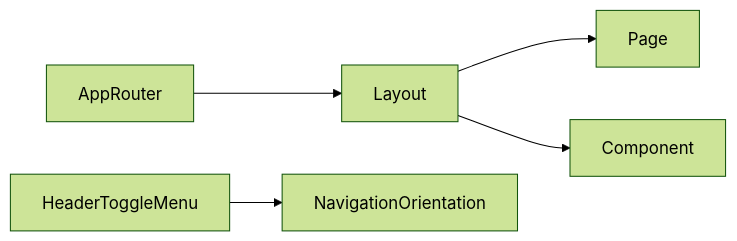
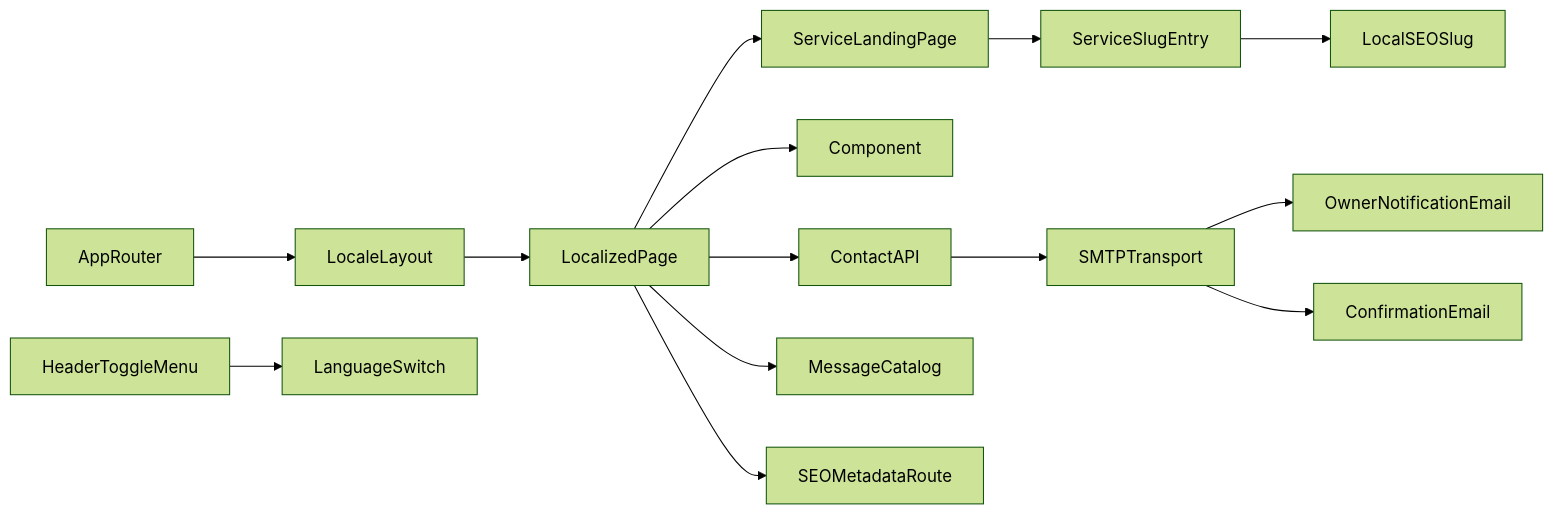
Before and after one commit to ipavic933-spec/website-pavic: the diagram in lode/terminology.md, drawn with Mermaid (forest theme). The commit also changed other lines of this file and 9 other files, not shown here.

````diff
--- a/lode/terminology.md
+++ b/lode/terminology.md
@@ -20,7 +31,16 @@
 ```mermaid
 graph LR
-  AppRouter --> Layout
-  Layout --> Page
-  Layout --> Component
-  HeaderToggleMenu --> NavigationOrientation
+  AppRouter --> LocaleLayout
+  LocaleLayout --> LocalizedPage
+  LocalizedPage --> ServiceLandingPage
+  ServiceLandingPage --> ServiceSlugEntry
+  ServiceSlugEntry --> LocalSEOSlug
+  LocalizedPage --> Component
+  LocalizedPage --> ContactAPI
+  LocalizedPage --> MessageCatalog
+  HeaderToggleMenu --> LanguageSwitch
+  ContactAPI --> SMTPTransport
+  SMTPTransport --> OwnerNotificationEmail
+  SMTPTransport --> ConfirmationEmail
+  LocalizedPage --> SEOMetadataRoute
 ```
````
